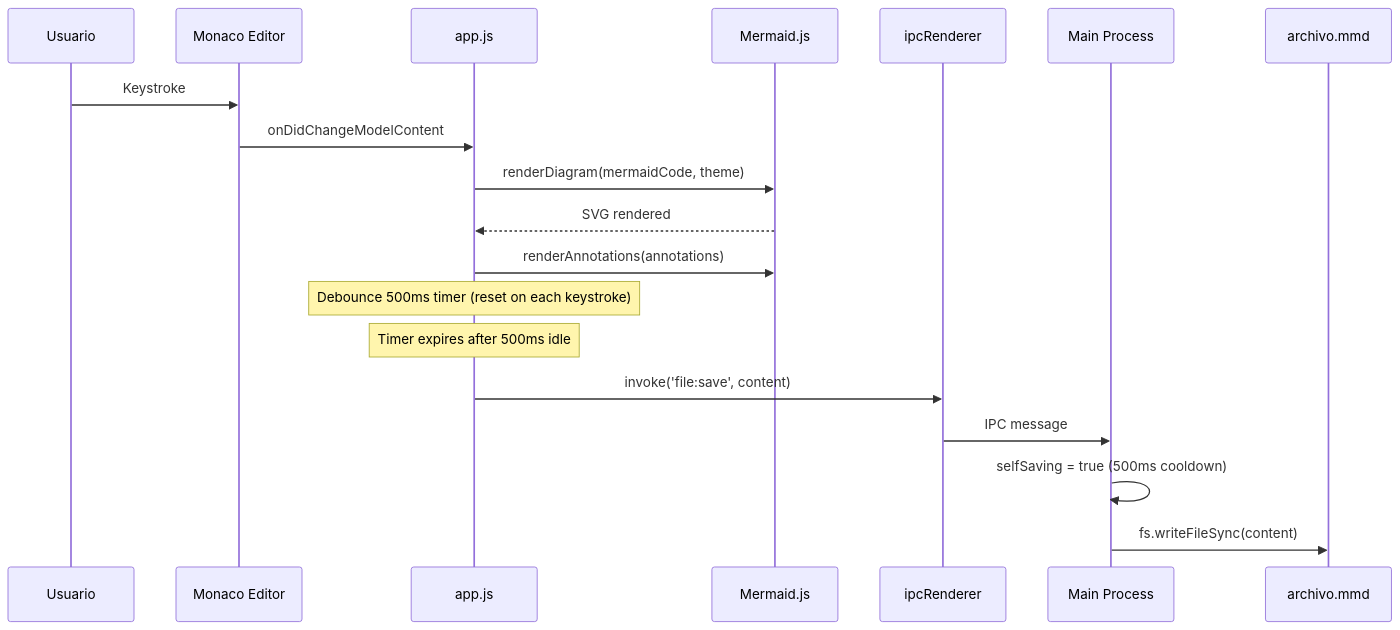
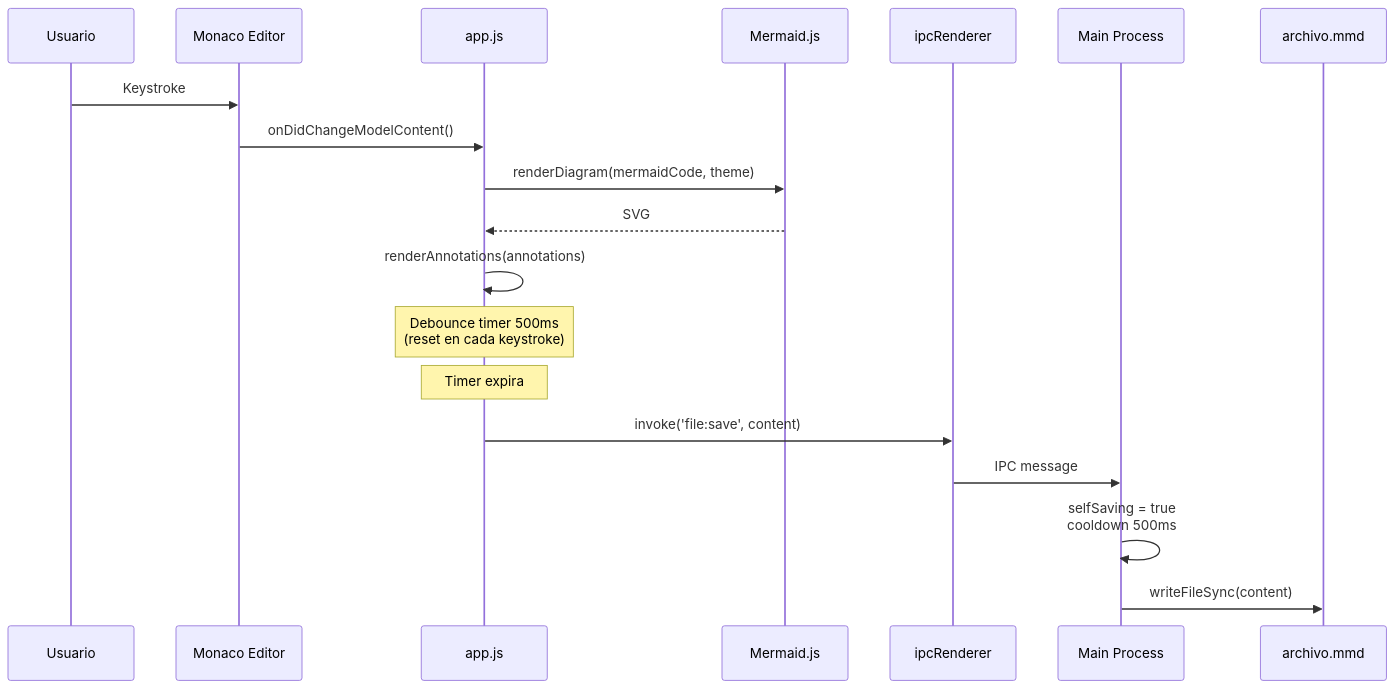
One commit to BrunoEdPerezS/vizflow changed the third of 7 diagrams in README.md. Above: the diagram before and after it, drawn with Mermaid. The commit also changed other lines of this file, not shown here.

````diff
--- a/README.md
+++ b/README.md
@@ -44,22 +111,22 @@
 ```mermaid
 sequenceDiagram
     participant U as Usuario
     participant ME as Monaco Editor
     participant APP as app.js
     participant MR as Mermaid.js
     participant IPC as ipcRenderer
     participant MP as Main Process
     participant FS as archivo.mmd
 
     U->>ME: Keystroke
-    ME->>APP: onDidChangeModelContent
+    ME->>APP: onDidChangeModelContent()
     APP->>MR: renderDiagram(mermaidCode, theme)
-    MR-->>APP: SVG rendered
-    APP->>MR: renderAnnotations(annotations)
-    Note over APP: Debounce 500ms timer (reset on each keystroke)
-    Note over APP: Timer expires after 500ms idle
+    MR-->>APP: SVG
+    APP->>APP: renderAnnotations(annotations)
+    Note over APP: Debounce timer 500ms<br/>(reset en cada keystroke)
+    Note over APP: Timer expira
     APP->>IPC: invoke('file:save', content)
     IPC->>MP: IPC message
-    MP->>MP: selfSaving = true (500ms cooldown)
-    MP->>FS: fs.writeFileSync(content)
+    MP->>MP: selfSaving = true<br/>cooldown 500ms
+    MP->>FS: writeFileSync(content)
 ```
````
